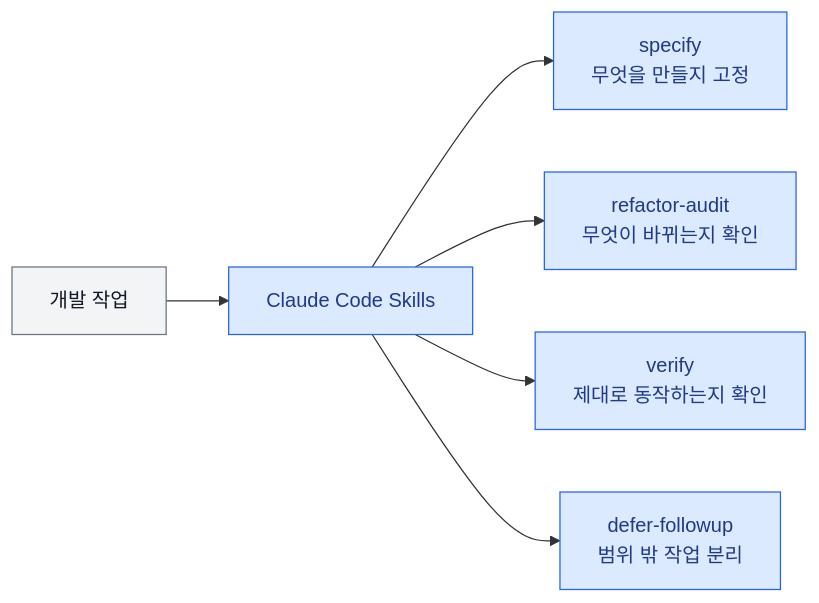
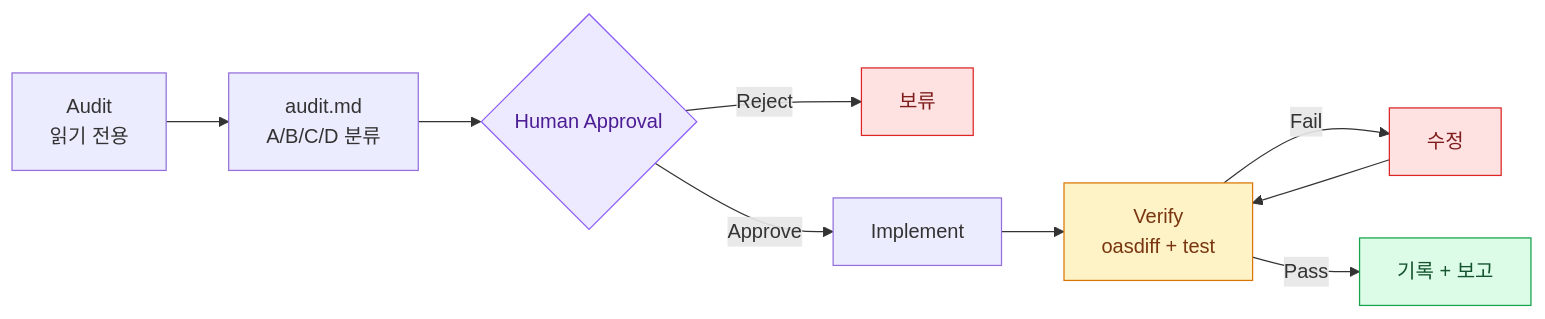
Before and after one commit to Central-MakeUs/TripFit-server: the third of 6 diagrams in README.md, drawn with Mermaid. The commit also changed other lines of this file, not shown here.

First line of the commit message:
Docs: README AI Engineering 다이어그램을 실제 하네스 장치 기준으로 보강

````diff
--- a/README.md
+++ b/README.md
@@ -98,15 +163,21 @@
 ```mermaid
 flowchart LR
-    T["개발 작업"] --> S["Claude Code Skills"]
+    A["Audit<br/>읽기 전용"] --> B["audit.md<br/>A/B/C/D 분류"]
+    B --> C{"Human Approval"}
+    C -->|Reject| D["보류"]
+    C -->|Approve| E["Implement"]
+    E --> F["Verify<br/>oasdiff + test"]
+    F -->|Fail| G["수정"]
+    G --> F
+    F -->|Pass| H["기록 + 보고"]
 
-    S --> A["specify<br/>무엇을 만들지 고정"]
-    S --> B["refactor-audit<br/>무엇이 바뀌는지 확인"]
-    S --> C["verify<br/>제대로 동작하는지 확인"]
-    S --> D["defer-followup<br/>범위 밖 작업 분리"]
+    classDef human fill:#EDE9FE,stroke:#8B5CF6,color:#4C1D95
+    classDef machine fill:#FEF3C7,stroke:#D97706,color:#78350F
+    classDef success fill:#DCFCE7,stroke:#16A34A,color:#14532D
+    classDef alert fill:#FEE2E2,stroke:#DC2626,color:#7F1D1D
 
-    classDef task fill:#F3F4F6,stroke:#6B7280,color:#111827
-    classDef skill fill:#DBEAFE,stroke:#2563EB,color:#1E3A8A
-
-    class T task
-    class S,A,B,C,D skill
+    class C human
+    class F machine
+    class D,G alert
+    class H success
 ```
````
